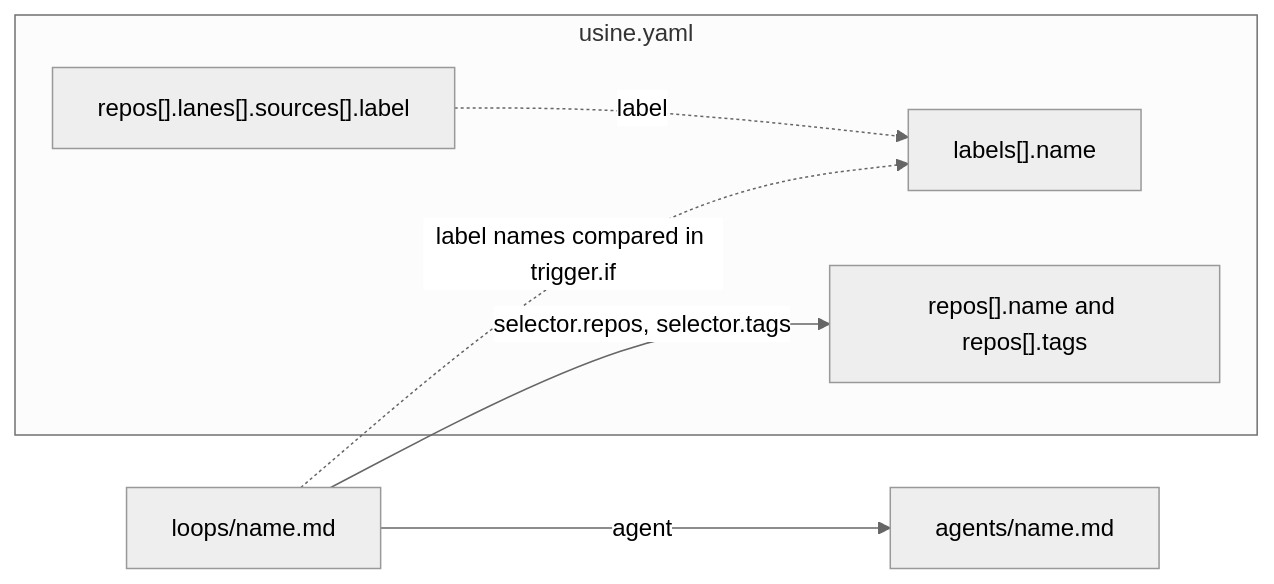
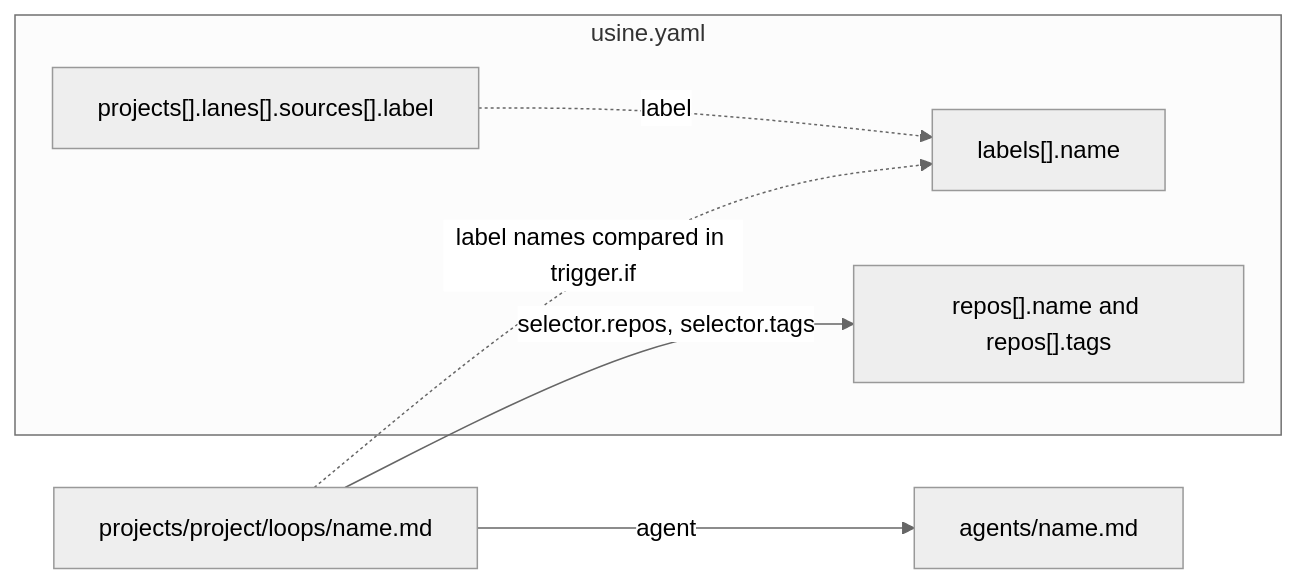
One commit to basaltbytes/usine changed the diagram in apps/docs/src/content/docs/reference/configuration/usine-yaml.md. Above: the diagram before and after it, drawn with Mermaid (neutral theme). The commit also changed other lines of this file and 31 other files, not shown here.

````diff
--- a/apps/docs/src/content/docs/reference/configuration/usine-yaml.md
+++ b/apps/docs/src/content/docs/reference/configuration/usine-yaml.md
@@ -117,14 +121,14 @@
 ```mermaid
 flowchart LR
-  loop["loops/name.md"]
+  loop["projects/project/loops/name.md"]
   agent["agents/name.md"]
   subgraph config["usine.yaml"]
     repos["repos[].name and repos[].tags"]
     labels["labels[].name"]
-    lanes["repos[].lanes[].sources[].label"]
+    lanes["projects[].lanes[].sources[].label"]
   end
   loop -- "agent" --> agent
   loop -- "selector.repos, selector.tags" --> repos
   loop -. "label names compared in trigger.if" .-> labels
   lanes -. "label" .-> labels
 ```
````
